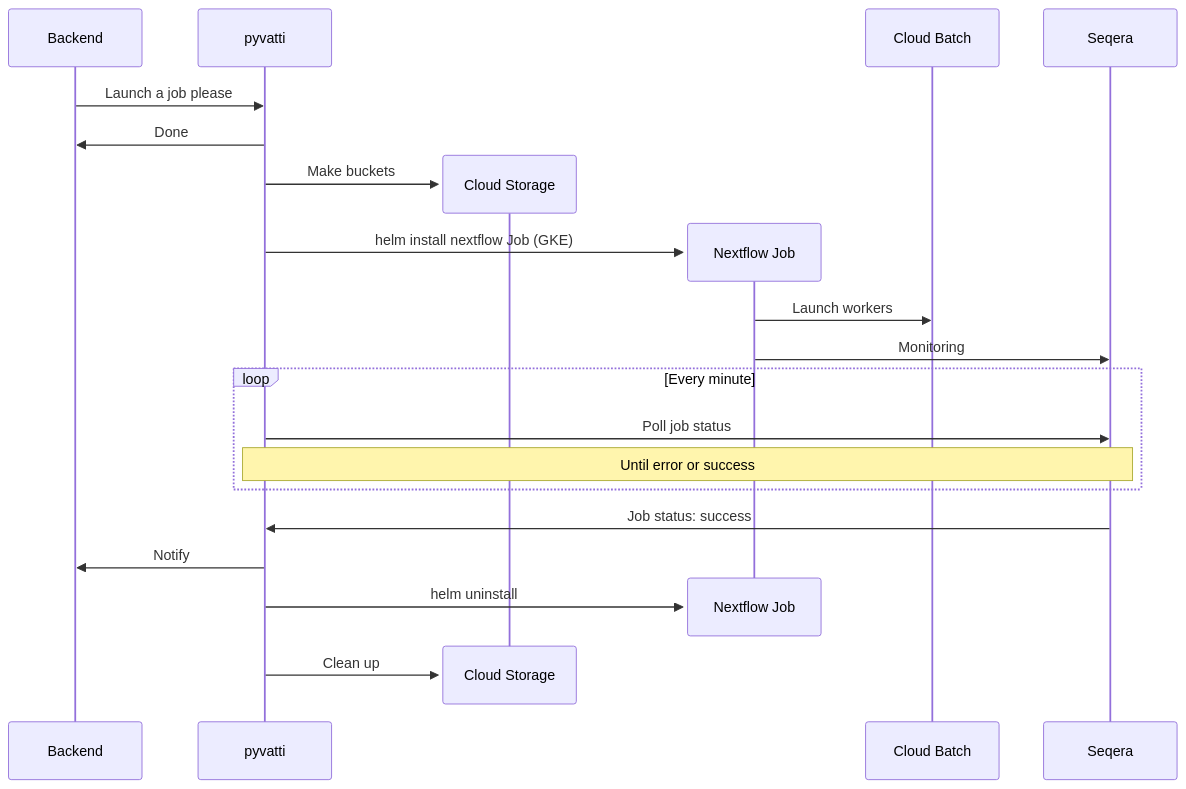
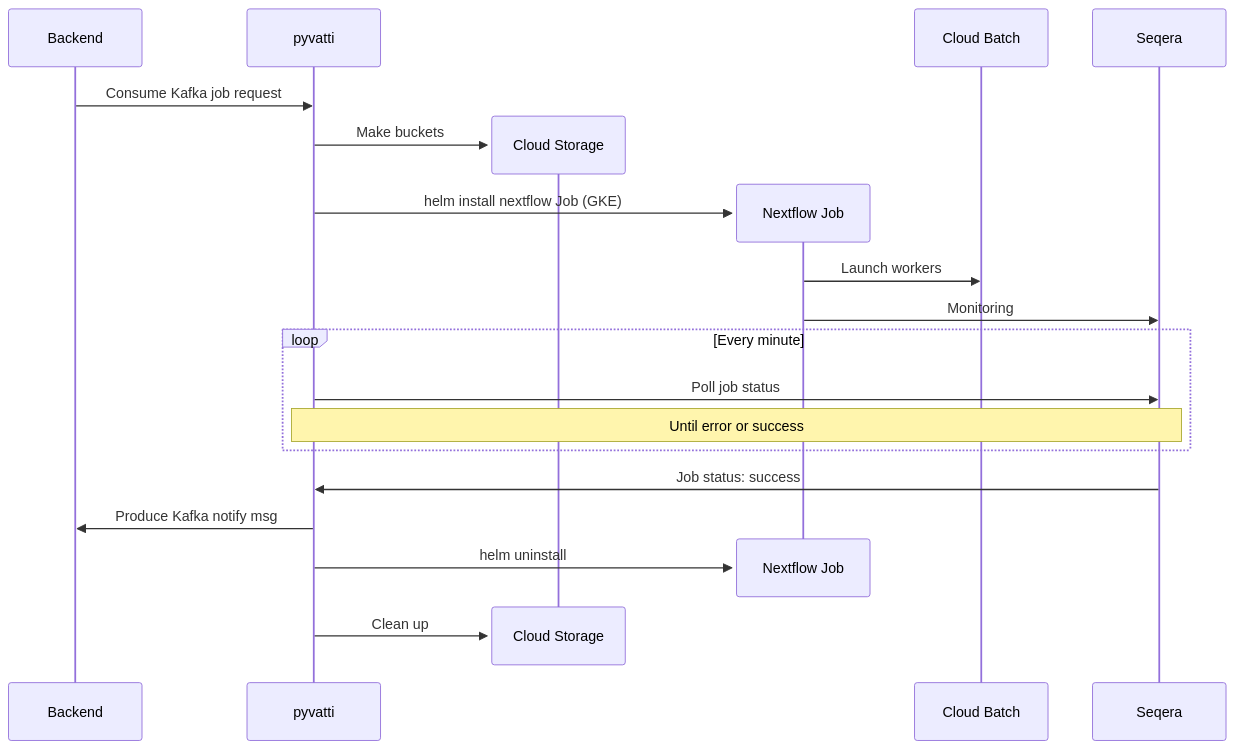
Before and after one commit to ebi-gdp/hattivatti: the diagram in README.md, drawn with Mermaid.

````diff
--- a/README.md
+++ b/README.md
@@ -26,21 +26,20 @@
 ```mermaid
 sequenceDiagram
-    Backend->>pyvatti: Launch a job please
-    pyvatti->>Backend: Done
+    Backend->>pyvatti: Consume Kafka job request
     create participant Cloud Storage
     pyvatti->>Cloud Storage: Make buckets
     create participant Nextflow Job
     pyvatti->>Nextflow Job: helm install nextflow Job (GKE)
     Nextflow Job->>Cloud Batch: Launch workers
     Nextflow Job->>Seqera:Monitoring
     loop Every minute
     pyvatti->>Seqera:Poll job status
     Note over Seqera,pyvatti: Until error or success
     end
     Seqera->>pyvatti:Job status: success
-    pyvatti->>Backend:Notify
+    pyvatti->>Backend:Produce Kafka notify msg
     destroy Nextflow Job
     pyvatti->>Nextflow Job:helm uninstall
     destroy Cloud Storage
     pyvatti->>Cloud Storage:Clean up
 ```
````
